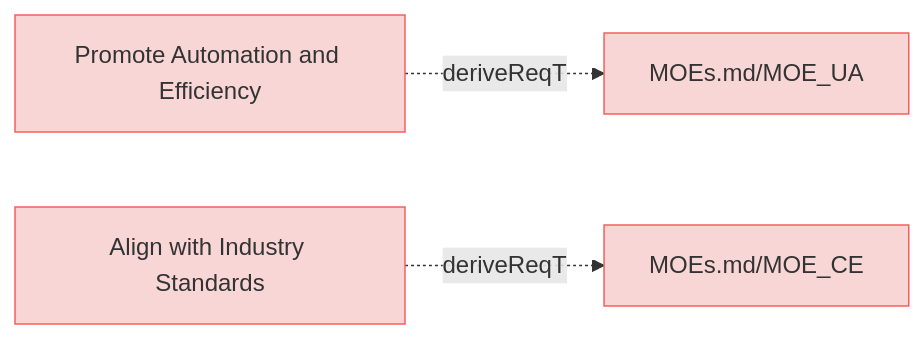
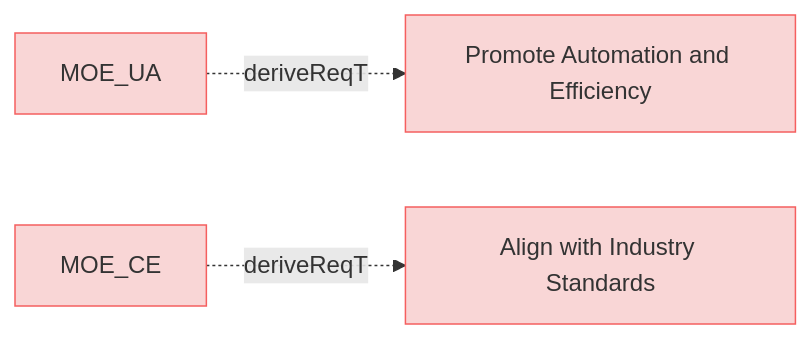
One commit to reqvire-org/reqvire changed the diagram in specifications/MissionRequirements.md. Above: the diagram before and after it, drawn with Mermaid. The commit also changed 27 other files, not shown here.

Commit message:
Diagrams update.X

````diff
--- a/specifications/MissionRequirements.md
+++ b/specifications/MissionRequirements.md
@@ -5,23 +5,23 @@
 ```mermaid
 graph LR;
   %% Graph styling
   classDef requirement fill:#f9d6d6,stroke:#f55f5f,stroke-width:1px;
   classDef verification fill:#d6f9d6,stroke:#5fd75f,stroke-width:1px;
   classDef externalLink fill:#d0e0ff,stroke:#3080ff,stroke-width:1px;
   classDef default fill:#f5f5f5,stroke:#333333,stroke-width:1px;
 
+  b74eec7ed767e7c["Align with Industry Standards"];
+  class b74eec7ed767e7c requirement;
+  click b74eec7ed767e7c "MissionRequirements.md#align-with-industry-standards";
   80166c5161b33956["Promote Automation and Efficiency"];
   class 80166c5161b33956 requirement;
   click 80166c5161b33956 "MissionRequirements.md#promote-automation-and-efficiency";
-  2c5f30f14e792200["MOEs.md/MOE_UA"];
+  2c5f30f14e792200["MOE_UA"];
   class 2c5f30f14e792200 requirement;
   click 2c5f30f14e792200 "MOEs.md#moe_ua";
-  80166c5161b33956 -.->|deriveReqT| 2c5f30f14e792200;
-  b74eec7ed767e7c["Align with Industry Standards"];
-  class b74eec7ed767e7c requirement;
-  click b74eec7ed767e7c "MissionRequirements.md#align-with-industry-standards";
-  e9ad540a6411a0fc["MOEs.md/MOE_CE"];
+  2c5f30f14e792200 -.->|deriveReqT| 80166c5161b33956;
+  e9ad540a6411a0fc["MOE_CE"];
   class e9ad540a6411a0fc requirement;
   click e9ad540a6411a0fc "MOEs.md#moe_ce";
-  b74eec7ed767e7c -.->|deriveReqT| e9ad540a6411a0fc;
+  e9ad540a6411a0fc -.->|deriveReqT| b74eec7ed767e7c;
 ```
````
